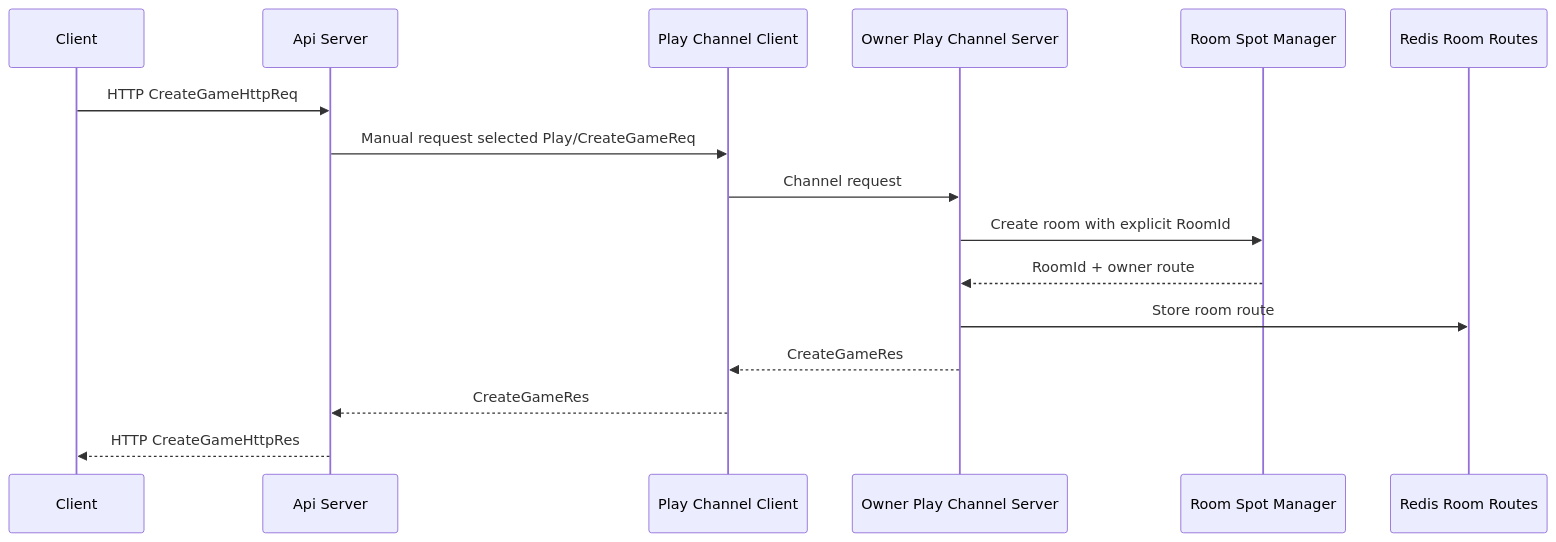
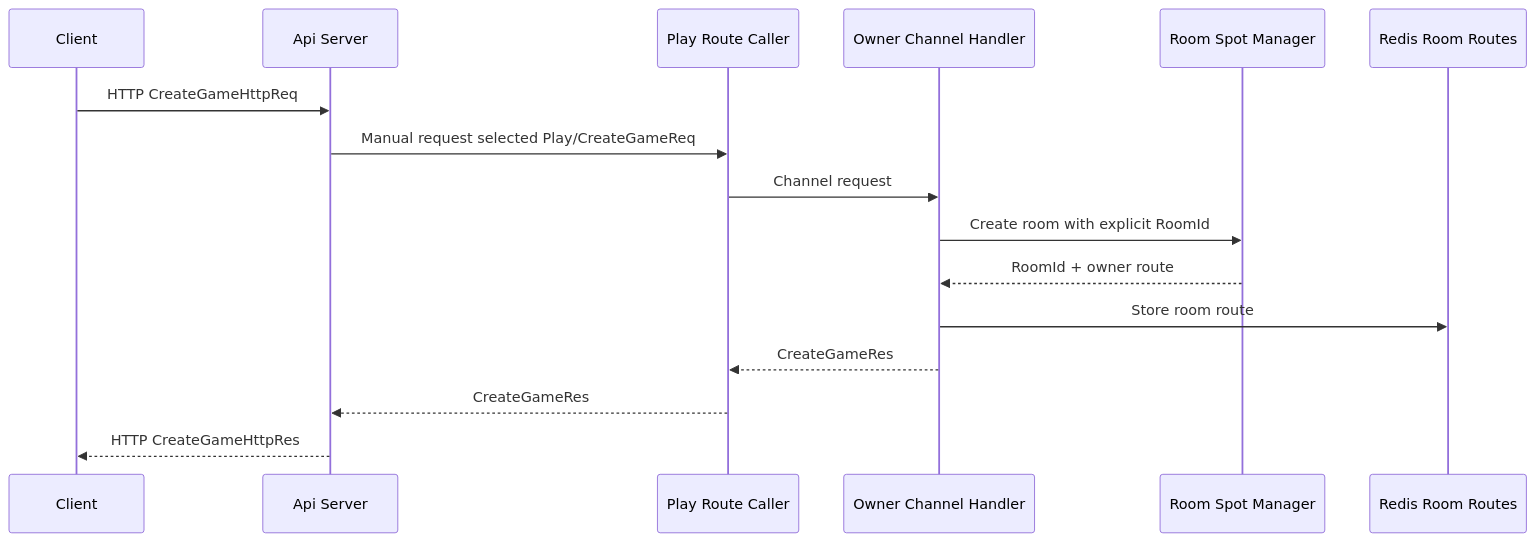
Before and after one commit to kairos-code-dev/zlink: the second of 6 diagrams in framework/doc/framework/common/sample/tictactoe/README.ko.md, drawn with Mermaid. The commit also changed other lines of this file and 293 other files, not shown here.

````diff
--- a/framework/doc/framework/common/sample/tictactoe/README.ko.md
+++ b/framework/doc/framework/common/sample/tictactoe/README.ko.md
@@ -735,19 +733,19 @@
 ```mermaid
 sequenceDiagram
     participant C as Client
     participant API as Api Server
-    participant PLAYC as Play Channel Client
-    participant PLAYS as Owner Play Channel Server
+    participant PLAYC as Play Route Caller
+    participant PLAYS as Owner Channel Handler
     participant ROOMS as Room Spot Manager
     participant REDIS as Redis Room Routes
 
     C->>API: HTTP CreateGameHttpReq
     API->>PLAYC: Manual request selected Play/CreateGameReq
     PLAYC->>PLAYS: Channel request
     PLAYS->>ROOMS: Create room with explicit RoomId
     ROOMS-->>PLAYS: RoomId + owner route
     PLAYS->>REDIS: Store room route
     PLAYS-->>PLAYC: CreateGameRes
     PLAYC-->>API: CreateGameRes
     API-->>C: HTTP CreateGameHttpRes
 ```
````
